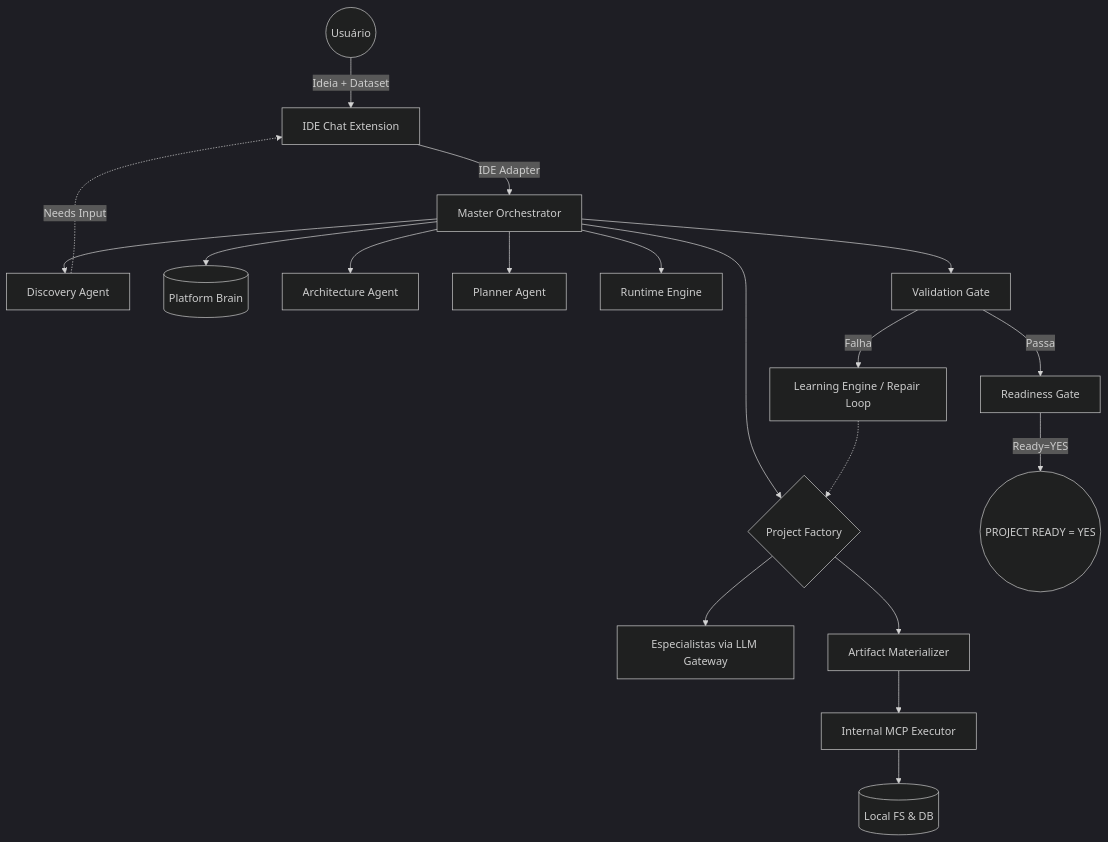
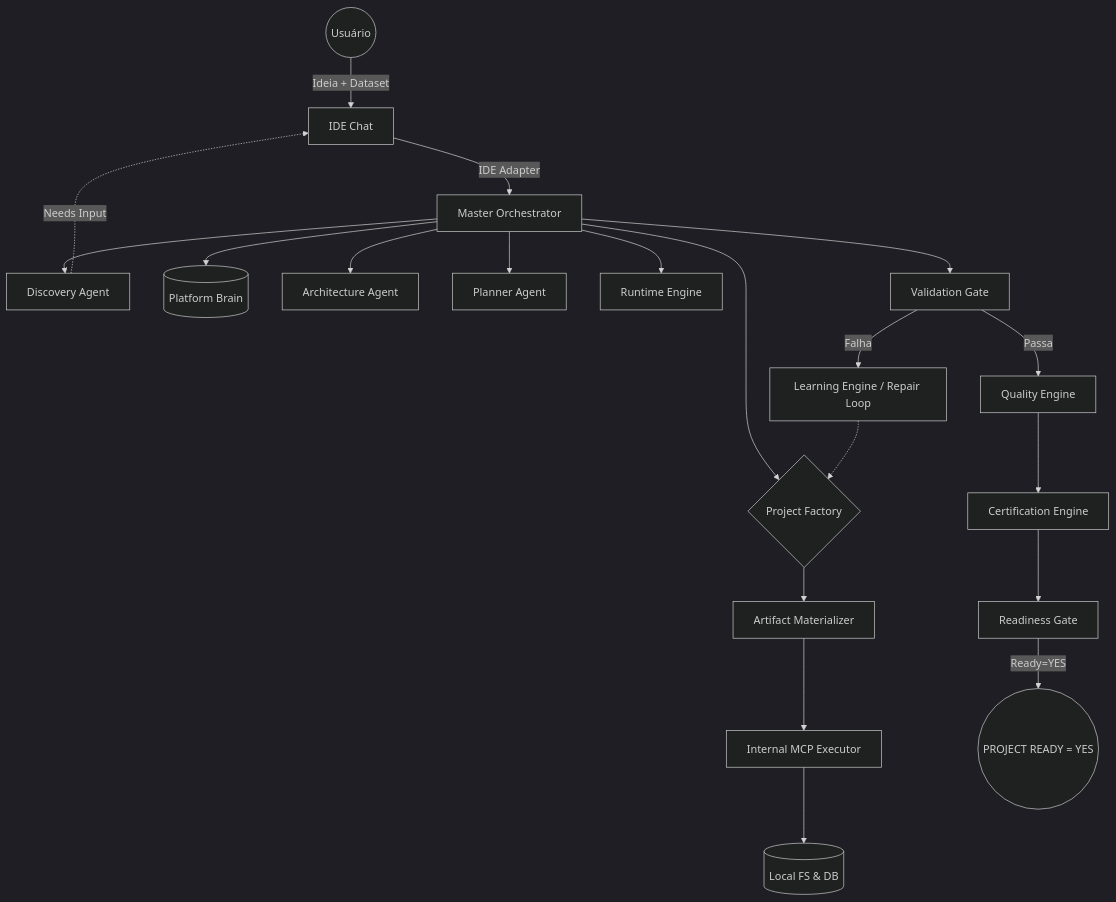
The diagram in README.md (MayaraLonguinho/analytics_agents_factory), drawn with Mermaid (dark theme) before and after one commit. The commit also changed other lines of this file and 2 other files, not shown here.

````diff
--- a/README.md
+++ b/README.md
@@ -11,21 +25,22 @@
 ```mermaid
 graph TD;
-    User((Usuário)) -->|Ideia + Dataset| IDE[IDE Chat Extension];
+    User((Usuário)) -->|Ideia + Dataset| IDE[IDE Chat];
     IDE -->|IDE Adapter| Master[Master Orchestrator];
     Master --> DA[Discovery Agent];
     DA -.->|Needs Input| IDE;
     Master --> Brain[(Platform Brain)];
     Master --> AA[Architecture Agent];
     Master --> PA[Planner Agent];
     Master --> Factory{Project Factory};
-    Factory --> Agents[Especialistas via LLM Gateway];
     Factory --> MAT[Artifact Materializer];
     MAT --> MCP[Internal MCP Executor];
     MCP --> Disk[(Local FS & DB)];
     Master --> RE[Runtime Engine];
     Master --> VG[Validation Gate];
     VG -->|Falha| Learning[Learning Engine / Repair Loop];
     Learning -.-> Factory;
-    VG -->|Passa| Cert[Readiness Gate];
-    Cert -->|Ready=YES| Fim((PROJECT READY = YES));
+    VG -->|Passa| QE[Quality Engine];
+    QE --> Cert[Certification Engine];
+    Cert --> RG[Readiness Gate];
+    RG -->|Ready=YES| Fim((PROJECT READY = YES));
 ```
````
